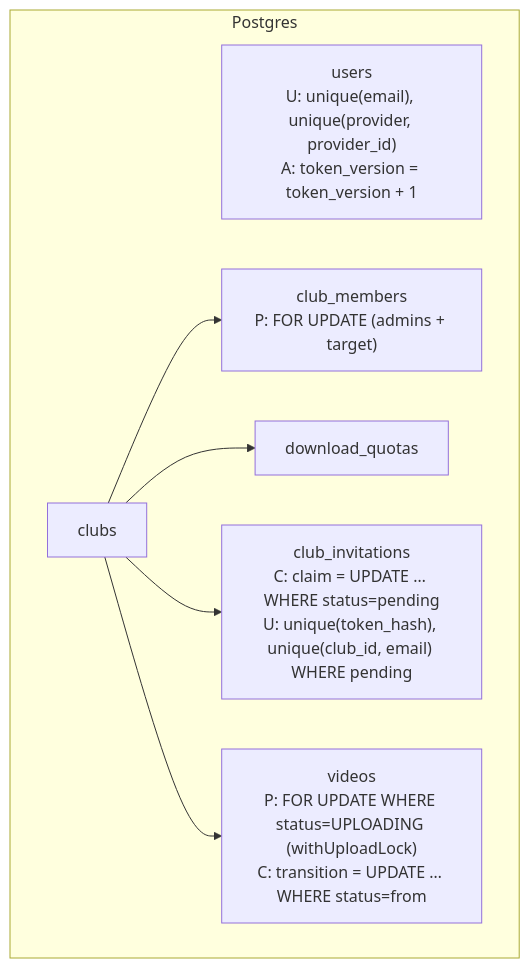
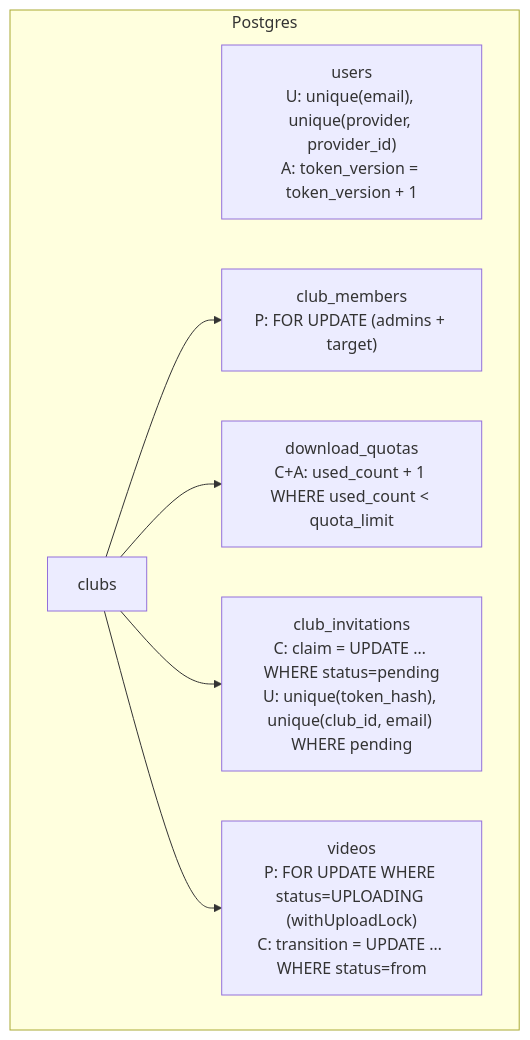
The ninth of 17 diagrams in docs/learning/transactions.md (Muh-Hasan/klyro-stream), drawn with Mermaid before and after one commit. The commit also changed other lines of this file and 1 other file, not shown here.

Commit message:
docs(playback): section 10, measuring the quota race and safe Content-Disposition filenames

````diff
--- a/docs/learning/transactions.md
+++ b/docs/learning/transactions.md
@@ -229,15 +229,15 @@
 ```mermaid
 flowchart TB
     subgraph PG["Postgres"]
         USERS["users<br/>U: unique(email), unique(provider, provider_id)<br/>A: token_version = token_version + 1"]
         CLUBS["clubs"]
         MEM["club_members<br/>P: FOR UPDATE (admins + target)"]
-        QUO["download_quotas"]
+        QUO["download_quotas<br/>C+A: used_count + 1 WHERE used_count < quota_limit"]
         INV["club_invitations<br/>C: claim = UPDATE … WHERE status=pending<br/>U: unique(token_hash), unique(club_id, email) WHERE pending"]
         VID["videos<br/>P: FOR UPDATE WHERE status=UPLOADING (withUploadLock)<br/>C: transition = UPDATE … WHERE status=from"]
         CLUBS --> MEM
         CLUBS --> QUO
         CLUBS --> INV
         CLUBS --> VID
     end
 ```
````
